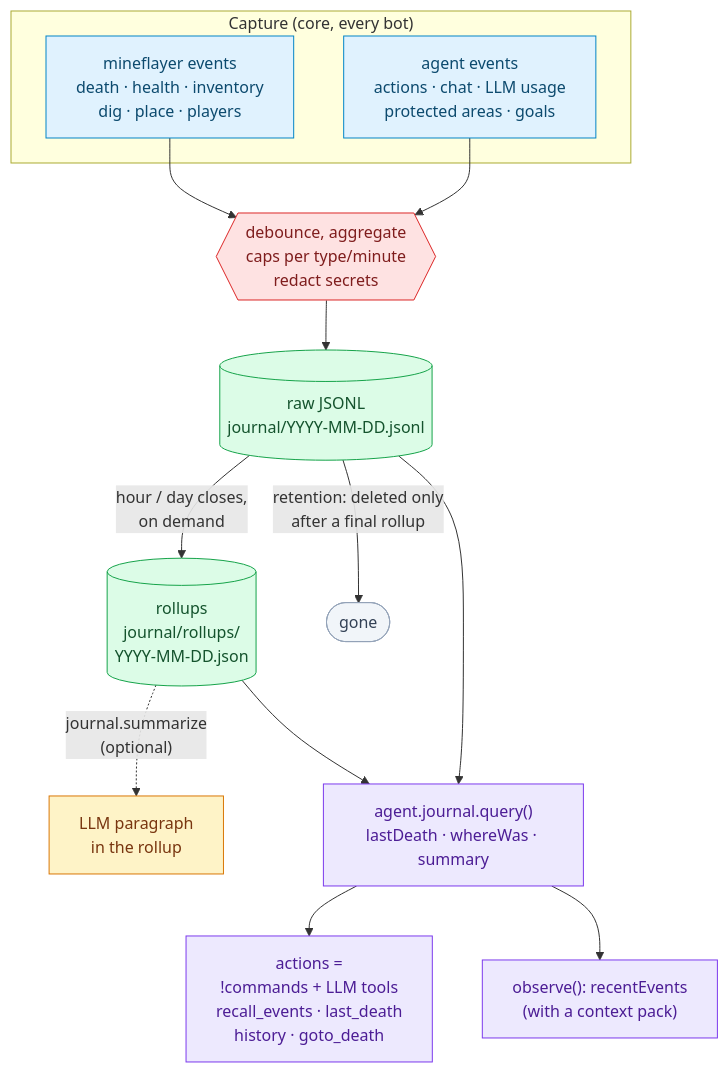
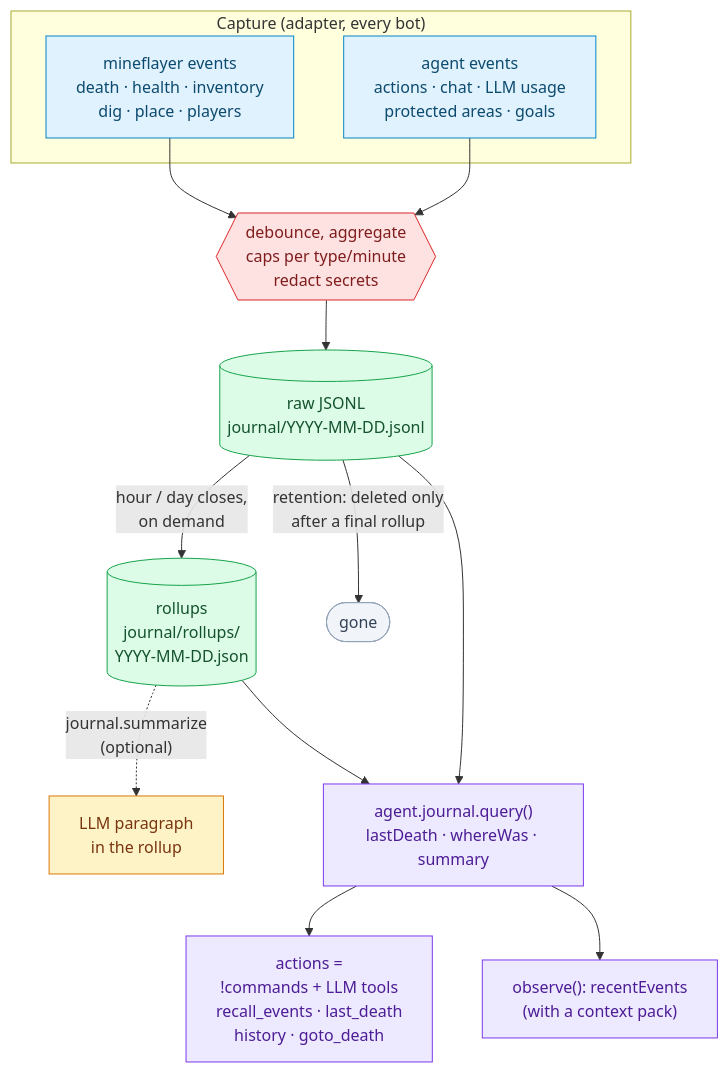
One commit to thereisnotime/golemkit changed the diagram in docs/guide/journal.md. Above: the diagram before and after it, drawn with Mermaid. The commit also changed other lines of this file and 1 other file, not shown here.

Commit message:
logging, journal: capture lives in the adapter, found events, data dirs

````diff
--- a/docs/guide/journal.md
+++ b/docs/guide/journal.md
@@ -16,29 +18,29 @@
 ```mermaid
 flowchart TD
-  subgraph cap["Capture (core, every bot)"]
+  subgraph cap["Capture (adapter, every bot)"]
     BOT["mineflayer events<br/>death · health · inventory<br/>dig · place · players"]
     AG["agent events<br/>actions · chat · LLM usage<br/>protected areas · goals"]
   end
   BOT --> LIM
   AG --> LIM
   LIM{{"debounce, aggregate<br/>caps per type/minute<br/>redact secrets"}} --> RAW[("raw JSONL<br/>journal/YYYY-MM-DD.jsonl")]
   RAW -- "hour / day closes,<br/>on demand" --> ROLL[("rollups<br/>journal/rollups/<br/>YYYY-MM-DD.json")]
   ROLL -. "journal.summarize<br/>(optional)" .-> SUM["LLM paragraph<br/>in the rollup"]
   RAW -- "retention: deleted only<br/>after a final rollup" --> X(["gone"])
   RAW --> Q["agent.journal.query()<br/>lastDeath · whereWas · summary"]
   ROLL --> Q
   Q --> T["actions =<br/>!commands + LLM tools<br/>recall_events · last_death<br/>history · goto_death"]
   Q --> OBS["observe(): recentEvents<br/>(with a context pack)"]
   classDef cap fill:#e0f2fe,stroke:#0284c7,color:#0c4a6e
   classDef lim fill:#fee2e2,stroke:#dc2626,color:#7f1d1d
   classDef store fill:#dcfce7,stroke:#16a34a,color:#14532d
   classDef llm fill:#fef3c7,stroke:#d97706,color:#78350f
   classDef out fill:#ede9fe,stroke:#7c3aed,color:#4c1d95
   classDef gone fill:#f1f5f9,stroke:#94a3b8,color:#334155
   class BOT,AG cap
   class LIM lim
   class RAW,ROLL store
   class SUM llm
   class Q,T,OBS out
   class X gone
 ```
````
